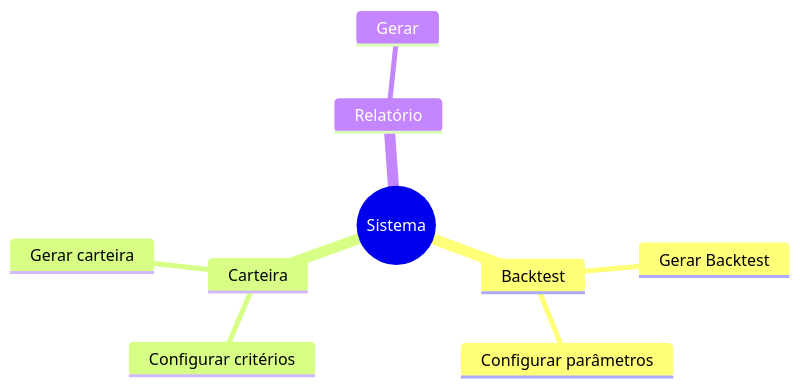
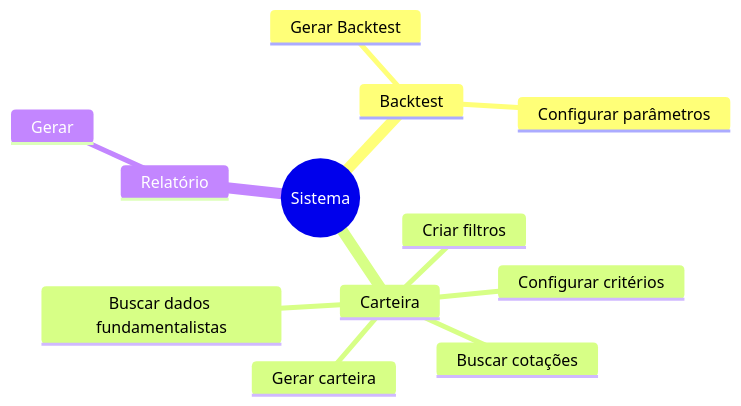
Before and after one commit to psgrigoletti/margemliquida-plataforma: the diagram in README.md, drawn with Mermaid.

````diff
--- a/README.md
+++ b/README.md
@@ -4,12 +4,15 @@
 ```mermaid
 mindmap
   root((Sistema))
     Backtest
       Gerar Backtest
       Configurar parâmetros
     Carteira
+      Buscar cotações
+      Buscar dados fundamentalistas
+      Criar filtros
       Configurar critérios
       Gerar carteira
     Relatório
       Gerar
 ```
````
